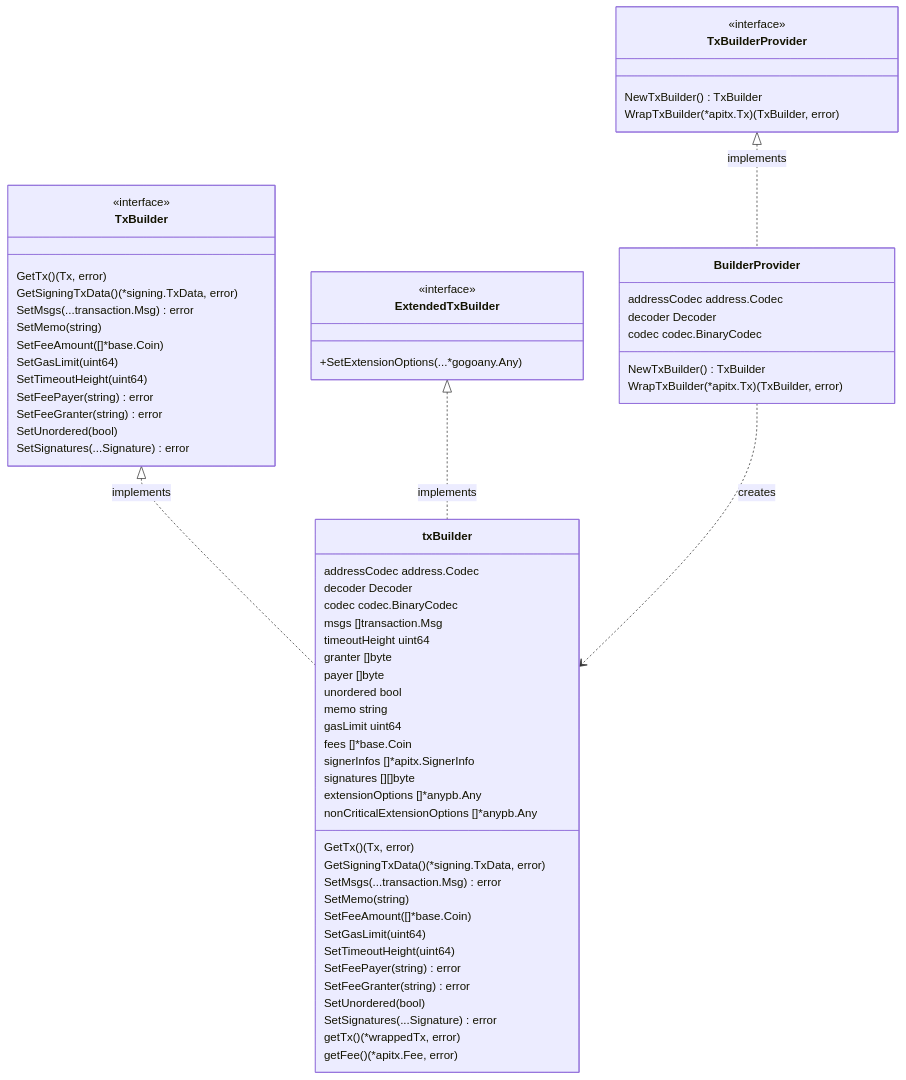
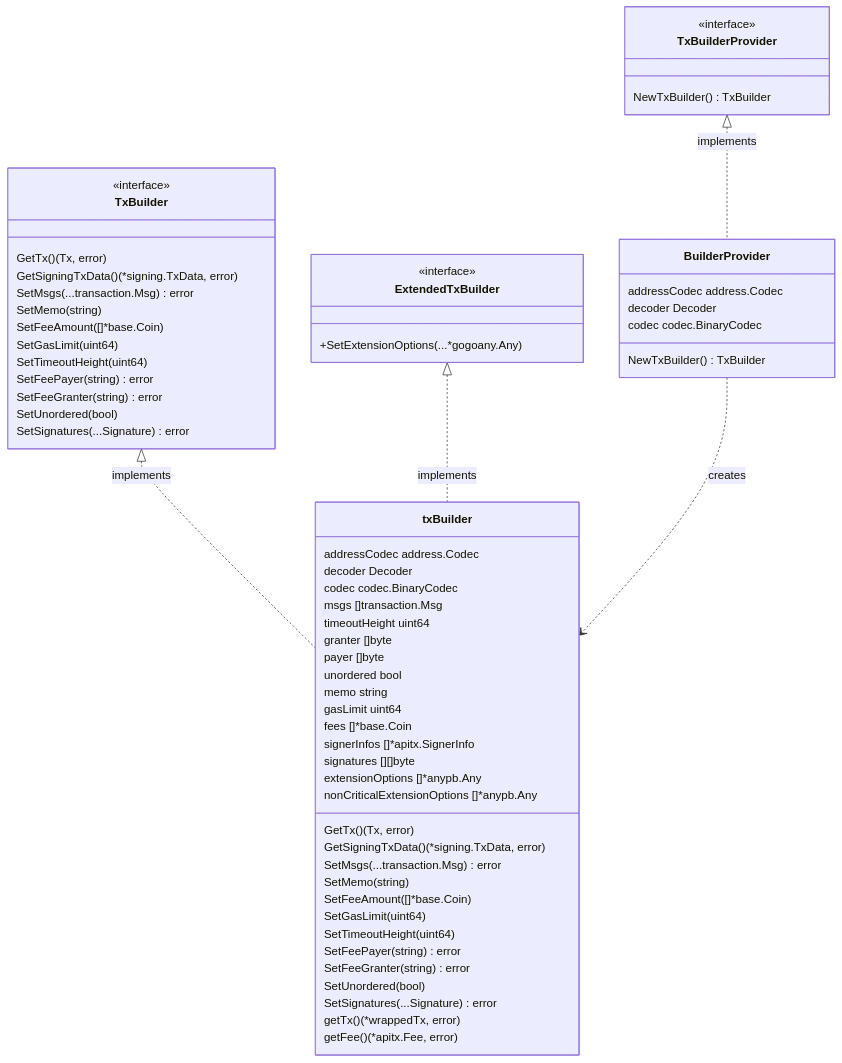
The third of 9 diagrams in client/v2/tx/README.md (cosmos/cosmos-sdk), drawn with Mermaid before and after one commit. The commit also changed 6 other files, not shown here.

````diff
--- a/client/v2/tx/README.md
+++ b/client/v2/tx/README.md
@@ -105,72 +105,70 @@
 ```mermaid
 classDiagram
     class TxBuilder {
         <<interface>>
         GetTx() (Tx, error)
         GetSigningTxData() (*signing.TxData, error)
         SetMsgs(...transaction.Msg) error
         SetMemo(string)
         SetFeeAmount([]*base.Coin)
         SetGasLimit(uint64)
         SetTimeoutHeight(uint64)
         SetFeePayer(string) error
         SetFeeGranter(string) error
         SetUnordered(bool)
         SetSignatures(...Signature) error
     }
 
     class ExtendedTxBuilder {
         <<interface>>
         +SetExtensionOptions(...*gogoany.Any)
     }
 
     class txBuilder {
         addressCodec address.Codec
         decoder Decoder
         codec codec.BinaryCodec
         msgs []transaction.Msg
         timeoutHeight uint64
         granter []byte
         payer []byte
         unordered bool
         memo string
         gasLimit uint64
         fees []*base.Coin
         signerInfos []*apitx.SignerInfo
         signatures [][]byte
         extensionOptions []*anypb.Any
         nonCriticalExtensionOptions []*anypb.Any
         GetTx() (Tx, error)
         GetSigningTxData() (*signing.TxData, error)
         SetMsgs(...transaction.Msg) error
         SetMemo(string)
         SetFeeAmount([]*base.Coin)
         SetGasLimit(uint64)
         SetTimeoutHeight(uint64)
         SetFeePayer(string) error
         SetFeeGranter(string) error
         SetUnordered(bool)
         SetSignatures(...Signature) error
         getTx() (*wrappedTx, error)
         getFee() (*apitx.Fee, error)
     }
 
     class TxBuilderProvider {
         <<interface>>
         NewTxBuilder() TxBuilder
-        WrapTxBuilder(*apitx.Tx) (TxBuilder, error)
     }
 
     class BuilderProvider {
         addressCodec address.Codec
         decoder Decoder
         codec codec.BinaryCodec
         NewTxBuilder() TxBuilder
-        WrapTxBuilder(*apitx.Tx) (TxBuilder, error)
     }
 
     TxBuilder <|.. txBuilder : implements
     ExtendedTxBuilder <|.. txBuilder : implements
     TxBuilderProvider <|.. BuilderProvider : implements
     BuilderProvider ..> txBuilder : creates
 ```
````
